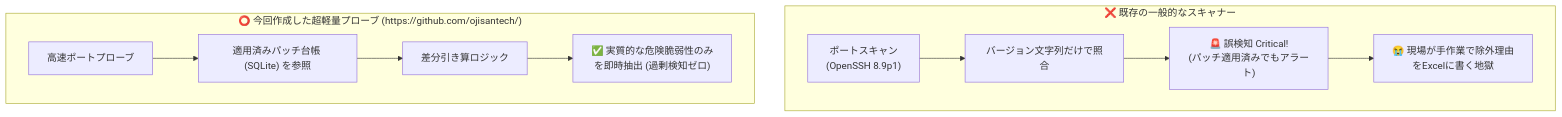
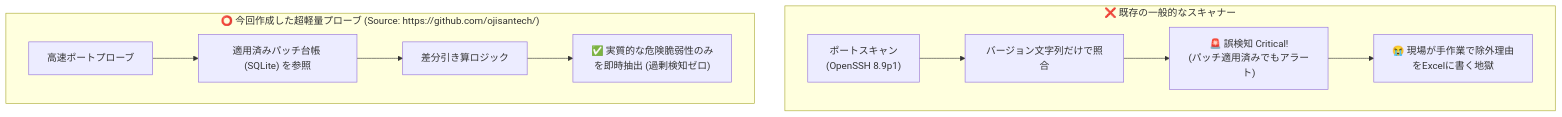
The second of 2 diagrams in QIITA_ARTICLE_DETAIL_1.md (ojisantech/ojisan-arsenal), drawn with Mermaid before and after one commit. The commit also changed other lines of this file and 1 other file, not shown here.

Commit message:
docs: add copyright and source attribution to mermaid and code snippets

````diff
--- a/QIITA_ARTICLE_DETAIL_1.md
+++ b/QIITA_ARTICLE_DETAIL_1.md
@@ -52,14 +54,14 @@
 ```mermaid
 flowchart TD
     subgraph Bad ["❌ 既存の一般的なスキャナー"]
         T1["ポートスキャン<br/>(OpenSSH 8.9p1)"] --> T2["バージョン文字列だけで照合"]
         T2 --> T3["🚨 誤検知 Critical!<br/>(パッチ適用済みでもアラート)"]
         T3 --> T4["😭 現場が手作業で除外理由をExcelに書く地獄"]
     end
 
-    subgraph Good ["⭕ 今回作成した超軽量プローブ (https://github.com/ojisantech/)"]
+    subgraph Good ["⭕ 今回作成した超軽量プローブ (Source: https://github.com/ojisantech/)"]
         G1["高速ポートプローブ"] --> G2["適用済みパッチ台帳 (SQLite) を参照"]
         G2 --> G3["差分引き算ロジック"]
         G3 --> G4["✅ 実質的な危険脆弱性のみを即時抽出 (過剰検知ゼロ)"]
     end
 ```
````
